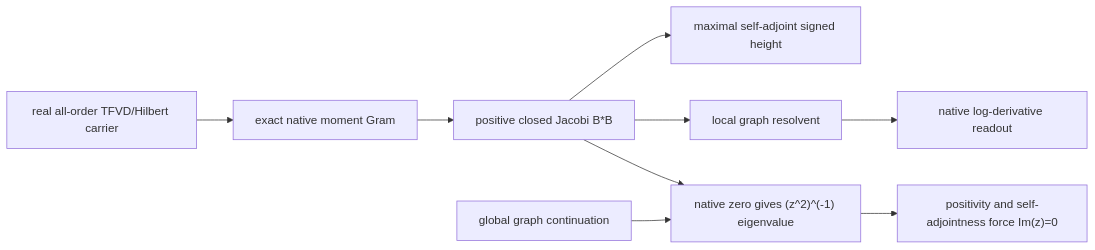
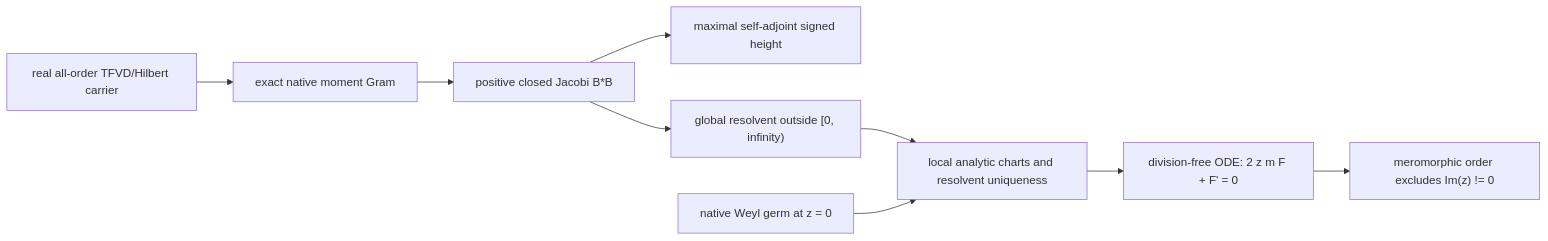
The second of 2 diagrams in README.md (thiagomassensini/carry-self-adjoint-operator), drawn with Mermaid before and after one commit. The commit also changed other lines of this file and 3 other files, not shown here.

````diff
--- a/README.md
+++ b/README.md
@@ -372,11 +372,11 @@
 ```mermaid
 flowchart LR
   T["real all-order TFVD/Hilbert carrier"] --> G["exact native moment Gram"]
   G --> J["positive closed Jacobi B*B"]
   J --> H["maximal self-adjoint signed height"]
-  J --> L["local graph resolvent"]
-  L --> R["native log-derivative readout"]
-  X["global graph continuation"] --> E["native zero gives (z^2)^(-1) eigenvalue"]
-  J --> E
-  E --> C["positivity and self-adjointness force Im(z)=0"]
+  J --> R["global resolvent outside [0, infinity)"]
+  R --> U["local analytic charts and resolvent uniqueness"]
+  L["native Weyl germ at z = 0"] --> U
+  U --> O["division-free ODE: 2 z m F + F' = 0"]
+  O --> C["meromorphic order excludes Im(z) != 0"]
 ```
````
